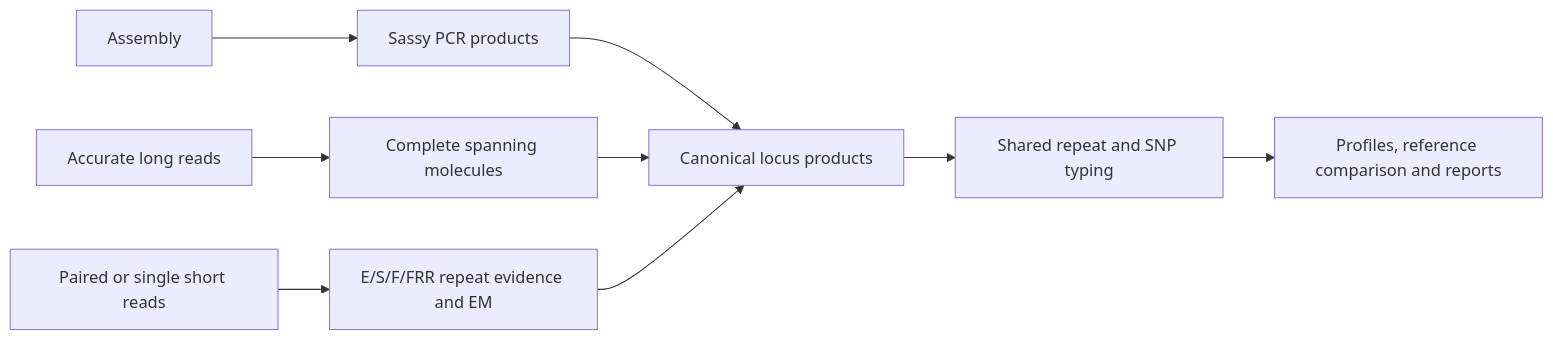
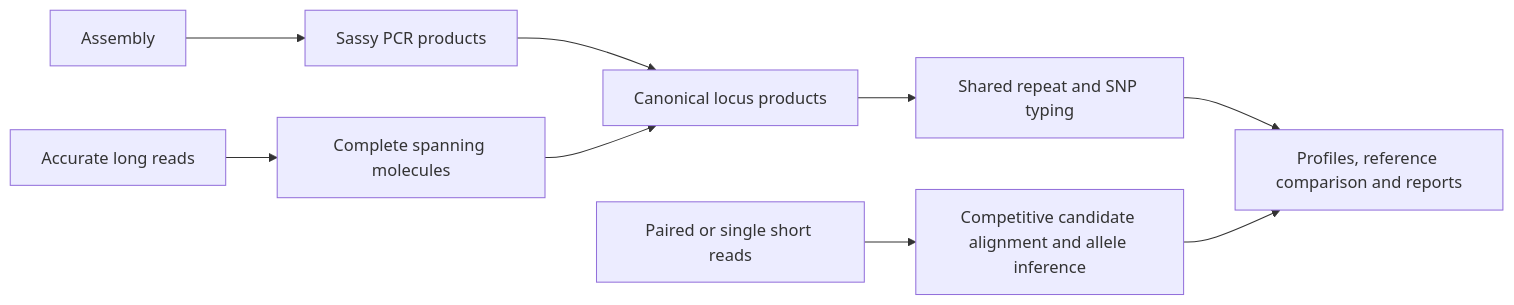
One commit to microbemarsh/mlvamaps changed the diagram in README.md. Above: the diagram before and after it, drawn with Mermaid. The commit also changed other lines of this file and 18 other files, not shown here.

````diff
--- a/README.md
+++ b/README.md
@@ -14,11 +13,11 @@
 ```mermaid
 flowchart LR
   A[Assembly] --> P[Sassy PCR products]
   L[Accurate long reads] --> M[Complete spanning molecules]
-  S[Paired or single short reads] --> E[E/S/F/FRR repeat evidence and EM]
+  S[Paired or single short reads] --> E[Competitive candidate alignment and allele inference]
   P --> C[Canonical locus products]
   M --> C
-  E --> C
   C --> G[Shared repeat and SNP typing]
   G --> O[Profiles, reference comparison and reports]
+  E --> O
 ```
````
